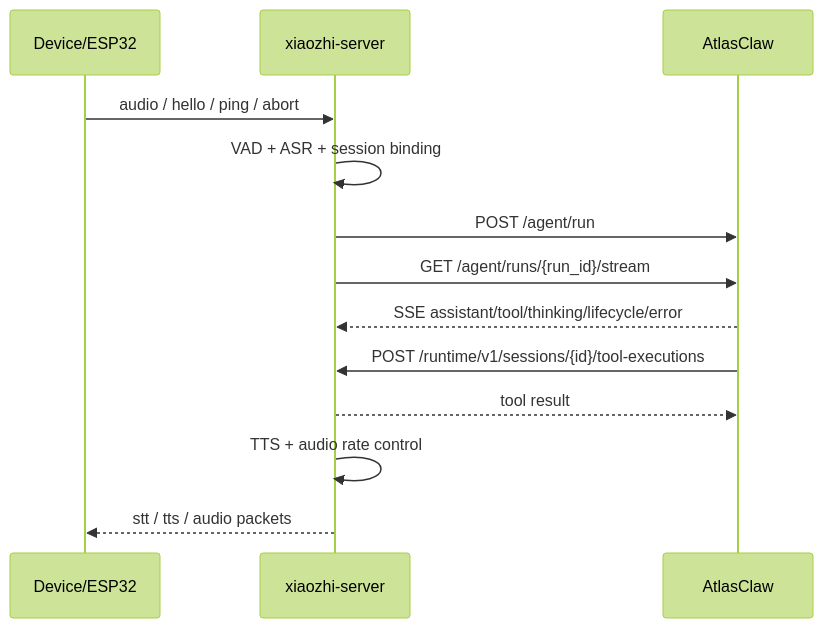
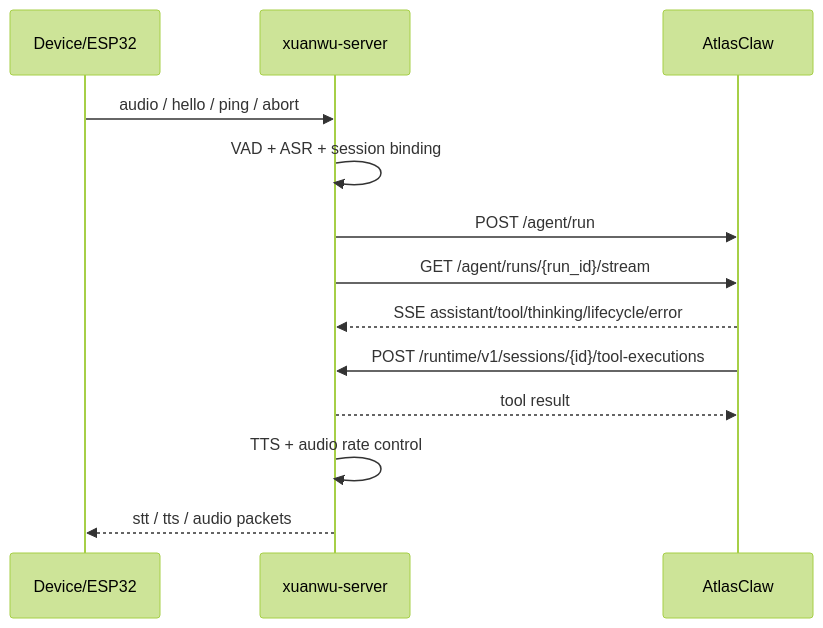
One commit to GrissonWu07/xuanwu-ai-platform changed the diagram in docs/python-first-refactor/atlasclaw-main-dialogue-engine-design.md. Above: the diagram before and after it, drawn with Mermaid (forest theme). The commit also changed other lines of this file and 708 other files, not shown here.

````diff
--- a/docs/python-first-refactor/atlasclaw-main-dialogue-engine-design.md
+++ b/docs/python-first-refactor/atlasclaw-main-dialogue-engine-design.md
@@ -77,16 +77,16 @@
 ```mermaid
 sequenceDiagram
     participant Device as Device/ESP32
-    participant XZ as xiaozhi-server
+    participant XZ as xuanwu-server
     participant AC as AtlasClaw
 
     Device->>XZ: audio / hello / ping / abort
     XZ->>XZ: VAD + ASR + session binding
     XZ->>AC: POST /agent/run
     XZ->>AC: GET /agent/runs/{run_id}/stream
     AC-->>XZ: SSE assistant/tool/thinking/lifecycle/error
     AC->>XZ: POST /runtime/v1/sessions/{id}/tool-executions
     XZ-->>AC: tool result
     XZ->>XZ: TTS + audio rate control
     XZ-->>Device: stt / tts / audio packets
 ```
````
